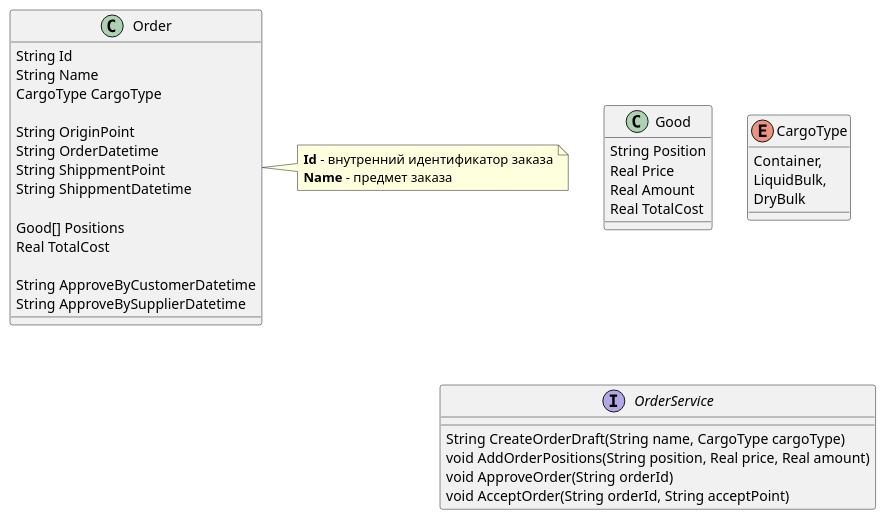
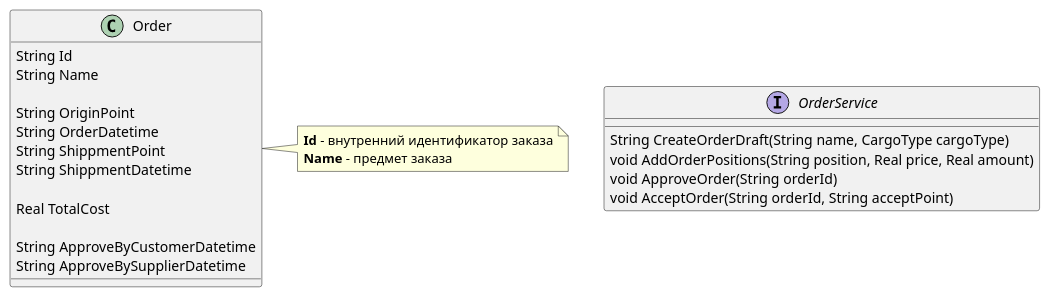
One commit to prokcy/rtrt changed the diagram in class-model.puml. Above: the diagram before and after it, drawn with PlantUML.

```diff
--- a/class-model.puml
+++ b/class-model.puml
@@ -1,45 +1,28 @@
 @startuml
   class Order {
     String Id
     String Name
-    CargoType CargoType
 
     String OriginPoint
     String OrderDatetime
     String ShippmentPoint
     String ShippmentDatetime
-    
-    Good[] Positions 
+      
     Real TotalCost
 
     String ApproveByCustomerDatetime
     String ApproveBySupplierDatetime
   }
   note right of Order
     **Id** - внутренний идентификатор заказа
     **Name** - предмет заказа
   end note
 
-  class Good {
-    String Position
-    Real Price
-    Real Amount
-    Real TotalCost
-  }
-
-  enum CargoType {
-    Container,
-    LiquidBulk,
-    DryBulk
-  }
-
-
-
   interface OrderService {
     String CreateOrderDraft(String name, CargoType cargoType)
     void AddOrderPositions(String position, Real price, Real amount)
     void ApproveOrder(String orderId)
     void AcceptOrder(String orderId, String acceptPoint)
   }
 
 @enduml
```
